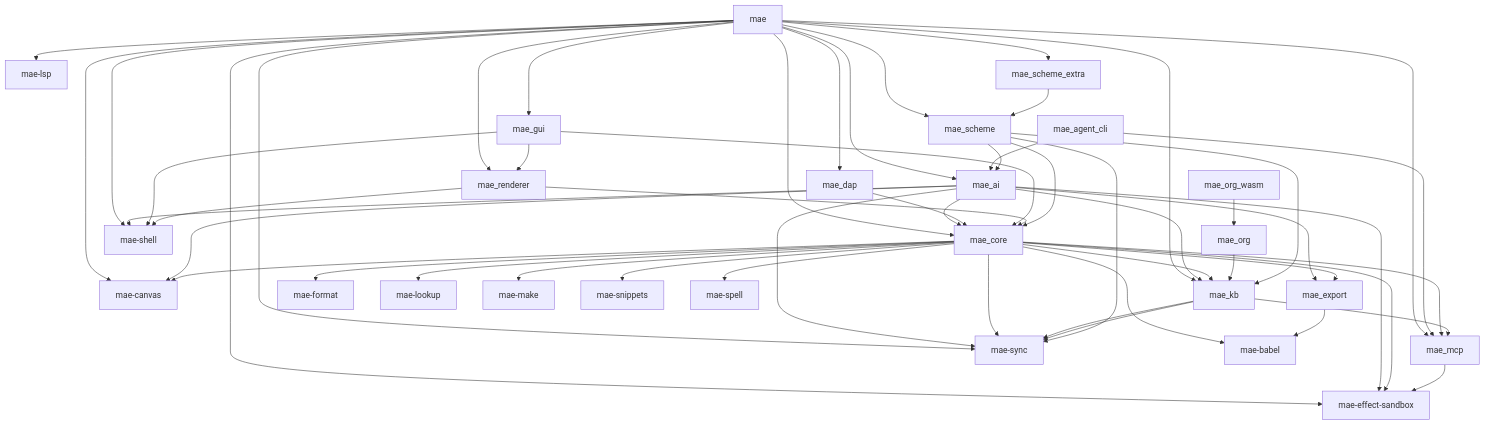
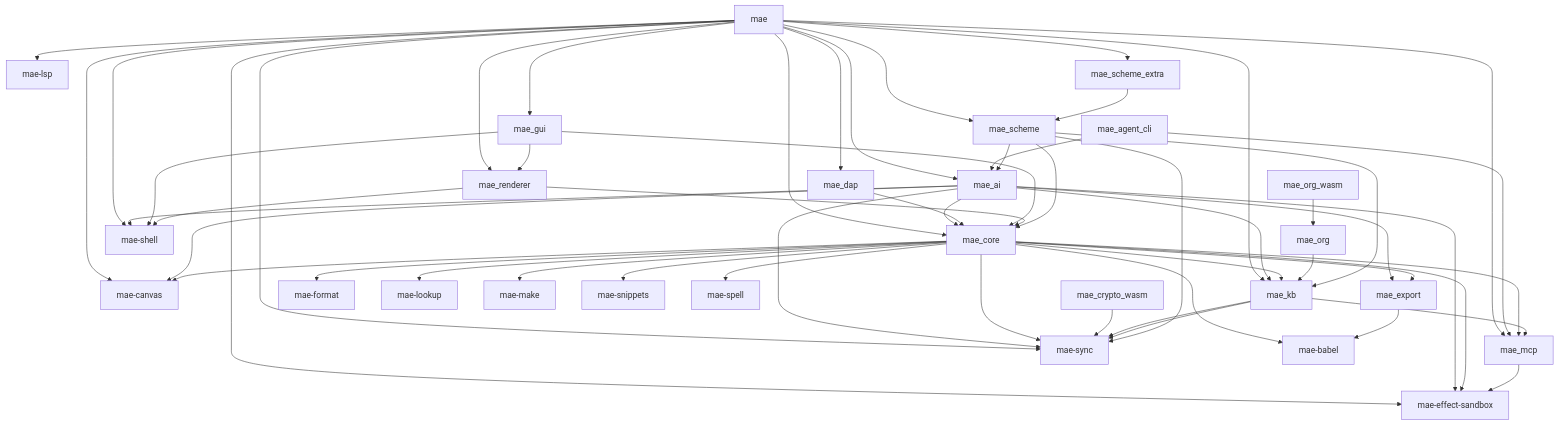
Before and after one commit to cuttlefisch/mae: the diagram in docs/CODE_MAP.md, drawn with Mermaid. The commit also changed other lines of this file and 10 other files, not shown here.

First line of the commit message:
spike(crypto-wasm): MAE's envelope crypto as a WASM module

````diff
--- a/docs/CODE_MAP.md
+++ b/docs/CODE_MAP.md
@@ -7,67 +7,68 @@
 ```mermaid
 graph TD
     mae --> mae_ai
     mae --> mae_canvas
     mae --> mae_core
     mae --> mae_dap
     mae --> mae_effect_sandbox
     mae --> mae_gui
     mae --> mae_kb
     mae --> mae_lsp
     mae --> mae_mcp
     mae --> mae_renderer
     mae --> mae_scheme
     mae --> mae_scheme_extra
     mae --> mae_shell
     mae --> mae_sync
     mae_agent_cli --> mae_ai
     mae_agent_cli --> mae_mcp
     mae_ai --> mae_canvas
     mae_ai --> mae_core
     mae_ai --> mae_effect_sandbox
     mae_ai --> mae_export
     mae_ai --> mae_kb
     mae_ai --> mae_shell
     mae_ai --> mae_sync
     mae_babel[mae-babel]
     mae_canvas[mae-canvas]
     mae_core --> mae_babel
     mae_core --> mae_canvas
     mae_core --> mae_effect_sandbox
     mae_core --> mae_export
     mae_core --> mae_format
     mae_core --> mae_kb
     mae_core --> mae_lookup
     mae_core --> mae_make
     mae_core --> mae_snippets
     mae_core --> mae_spell
     mae_core --> mae_sync
     mae_core --> mae_mcp
+    mae_crypto_wasm --> mae_sync
     mae_dap --> mae_core
     mae_effect_sandbox[mae-effect-sandbox]
     mae_export --> mae_babel
     mae_format[mae-format]
     mae_gui --> mae_core
     mae_gui --> mae_renderer
     mae_gui --> mae_shell
     mae_kb --> mae_mcp
     mae_kb --> mae_sync
     mae_kb --> mae_sync
     mae_lookup[mae-lookup]
     mae_lsp[mae-lsp]
     mae_make[mae-make]
     mae_mcp --> mae_effect_sandbox
     mae_org --> mae_kb
     mae_org_wasm --> mae_org
     mae_renderer --> mae_core
     mae_renderer --> mae_shell
     mae_scheme --> mae_ai
     mae_scheme --> mae_core
     mae_scheme --> mae_kb
     mae_scheme --> mae_sync
     mae_scheme_extra --> mae_scheme
     mae_shell[mae-shell]
     mae_snippets[mae-snippets]
     mae_spell[mae-spell]
     mae_sync[mae-sync]
 ```
````
